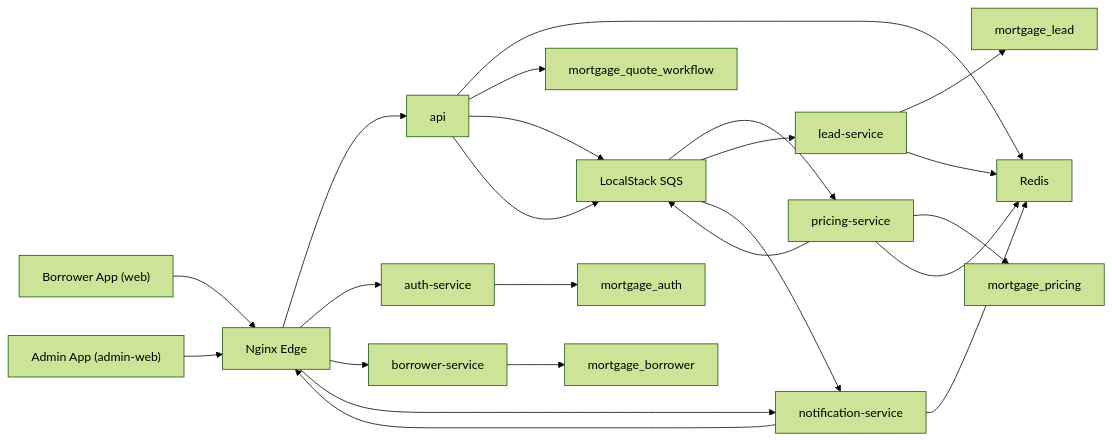
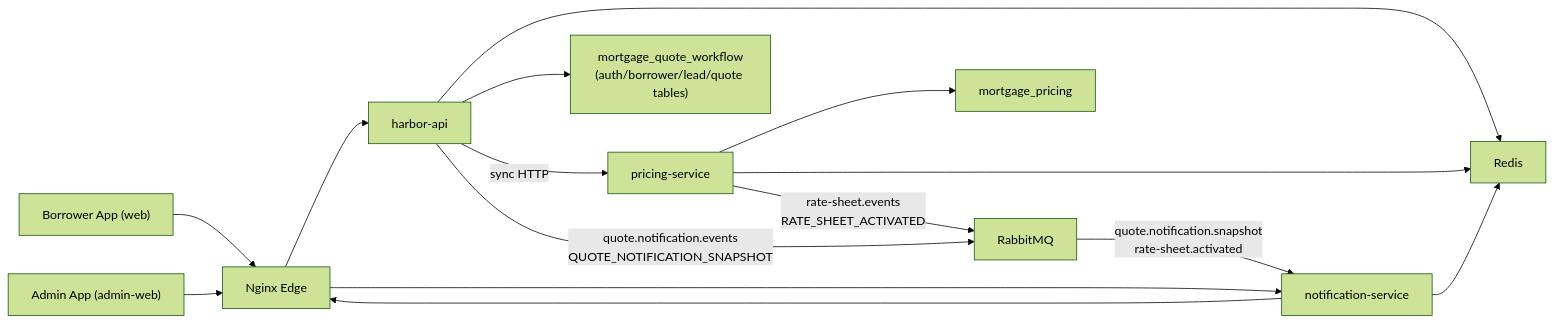
The diagram in docs/architecture.md (JayCodesX/harbor-loan-quote), drawn with Mermaid (forest theme) before and after one commit. The commit also changed other lines of this file and 3 other files, not shown here.

First line of the commit message:
docs: refresh for the 3-service + RabbitMQ reality (#19)

````diff
--- a/docs/architecture.md
+++ b/docs/architecture.md
@@ -11,25 +11,17 @@
 ```mermaid
 flowchart LR
     B["Borrower App (web)"] --> E["Nginx Edge"]
     A["Admin App (admin-web)"] --> E
-    E --> API["api"]
-    E --> AUTH["auth-service"]
-    E --> BORR["borrower-service"]
+    E --> API["harbor-api"]
     E --> NOTIFY["notification-service"]
     API --> REDIS["Redis"]
-    API --> MYSQLQ["mortgage_quote_workflow"]
-    API --> SQS["LocalStack SQS"]
-    AUTH --> MYSQLA["mortgage_auth"]
-    BORR --> MYSQLB["mortgage_borrower"]
-    SQS --> PRICING["pricing-service"]
+    API --> MYSQL["mortgage_quote_workflow\n(auth/borrower/lead/quote tables)"]
+    API -->|"sync HTTP"| PRICING["pricing-service"]
+    API -->|"quote.notification.events\nQUOTE_NOTIFICATION_SNAPSHOT"| MQ["RabbitMQ"]
     PRICING --> MYSQLP["mortgage_pricing"]
     PRICING --> REDIS
-    PRICING --> SQS
-    SQS --> LEAD["lead-service"]
-    LEAD --> MYSQLL["mortgage_lead"]
-    LEAD --> REDIS
-    API --> SQS
-    SQS --> NOTIFY
+    PRICING -->|"rate-sheet.events\nRATE_SHEET_ACTIVATED"| MQ
+    MQ -->|"quote.notification.snapshot\nrate-sheet.activated"| NOTIFY
     NOTIFY --> REDIS
     NOTIFY --> E
 ```
````
